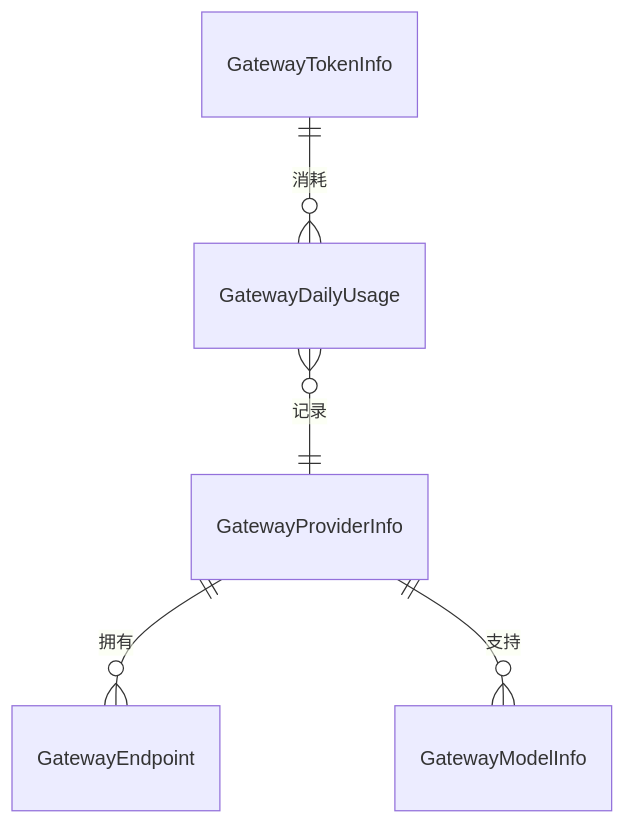
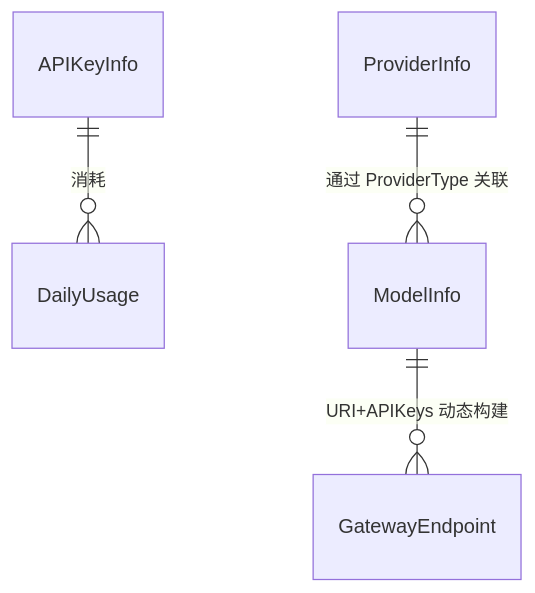
The fourth of 4 diagrams in docs/ai-gateway-design.md (computeflux/tee-node), drawn with Mermaid before and after one commit. The commit also changed other lines of this file and 14 other files, not shown here.

````diff
--- a/docs/ai-gateway-design.md
+++ b/docs/ai-gateway-design.md
@@ -317,7 +340,6 @@
 ```mermaid
 erDiagram
-    GatewayTokenInfo ||--o{ GatewayDailyUsage : "消耗"
-    GatewayProviderInfo ||--o{ GatewayEndpoint : "拥有"
-    GatewayProviderInfo ||--o{ GatewayModelInfo : "支持"
-    GatewayDailyUsage }o--|| GatewayProviderInfo : "记录"
+    APIKeyInfo ||--o{ DailyUsage : "消耗"
+    ModelInfo ||--o{ GatewayEndpoint : "URI+APIKeys 动态构建"
+    ProviderInfo ||--o{ ModelInfo : "通过 ProviderType 关联"
 ```
````
